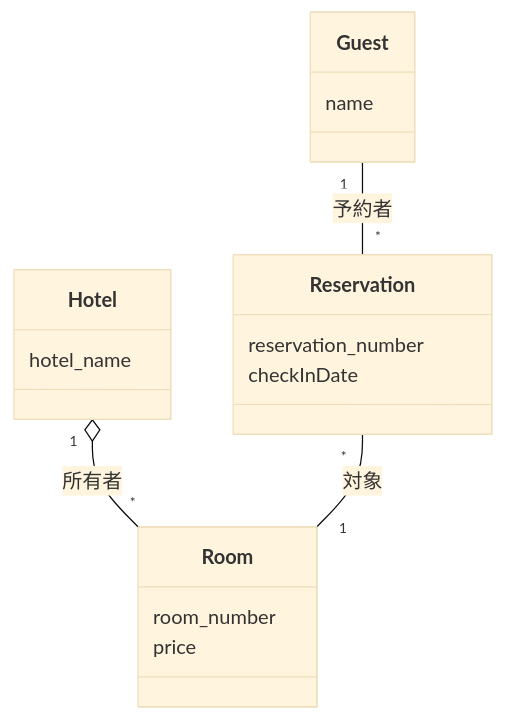
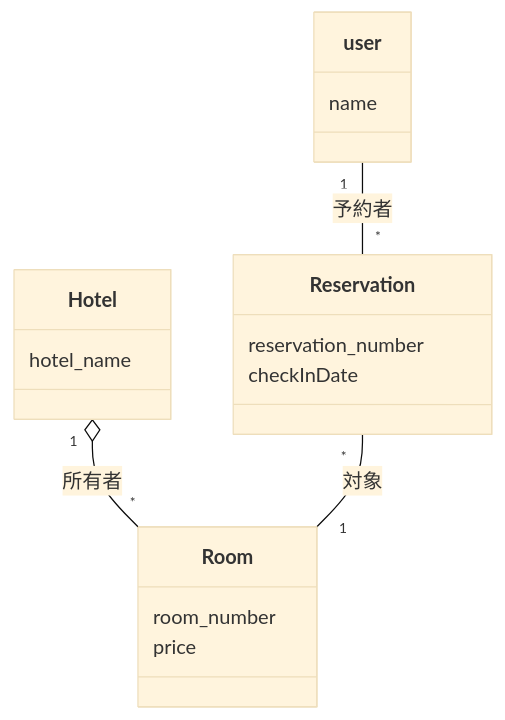
The first of 2 diagrams in Domain_Model.md (Kohki-tyl/HRS), drawn with Mermaid (base theme) before and after one commit. The commit also changed other lines of this file, not shown here.

Commit message:
クラス名Guestをuserに変更

````diff
--- a/Domain_Model.md
+++ b/Domain_Model.md
@@ -20,21 +20,21 @@
 ```mermaid
 classDiagram
-    class Guest {
+    class user {
         name
     }
     class Reservation {
         reservation_number
         checkInDate
     }
     class Hotel {
         hotel_name
     }
     class Room {
         room_number
         price
     }
 
     Hotel "1" o-- "*" Room : 所有者
-    Guest "1" -- "*" Reservation : 予約者
+    user "1" -- "*" Reservation : 予約者
     Reservation "*" -- "1" Room : 対象
 ```
````
